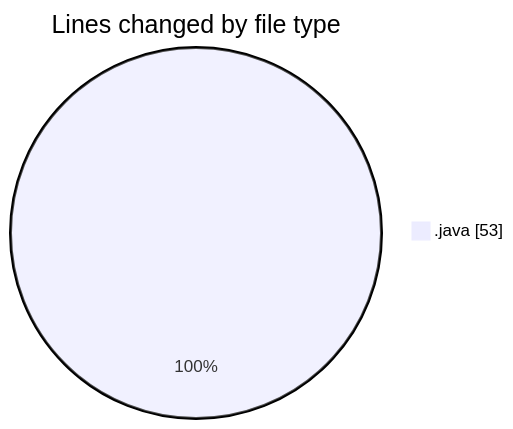
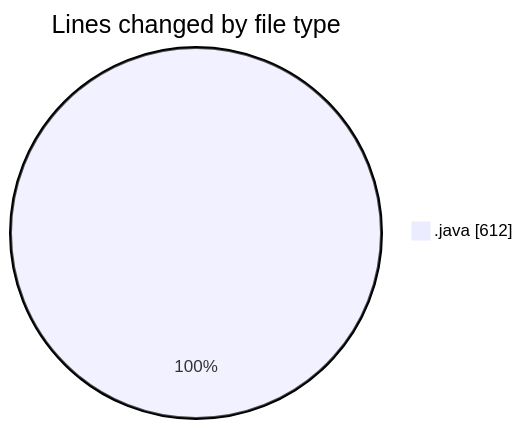
Before and after one commit to ricardozamudiocil/code-tracking: the first of 2 diagrams in 2026-05-18/cilapp/README.md, drawn with Mermaid. The commit also changed other lines of this file and 1 other file, not shown here.

````diff
--- a/2026-05-18/cilapp/README.md
+++ b/2026-05-18/cilapp/README.md
@@ -20,5 +24,5 @@
 ```mermaid
 pie showData
 title Lines changed by file type
-".java" : 53
+".java" : 612
 ```
````
